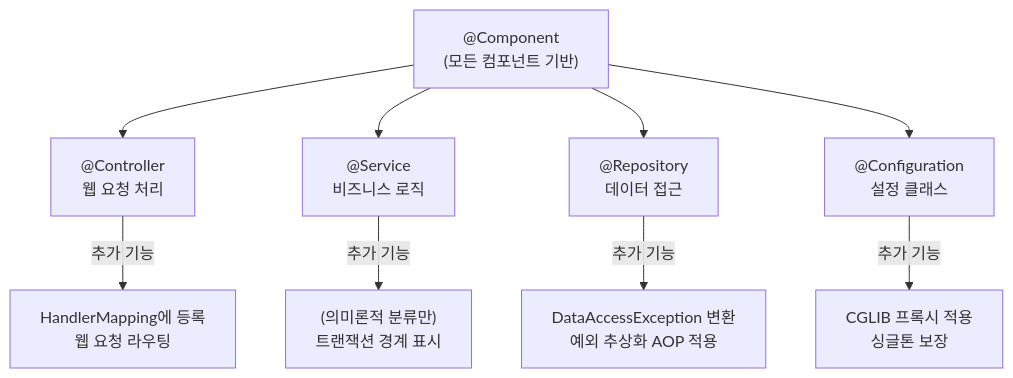
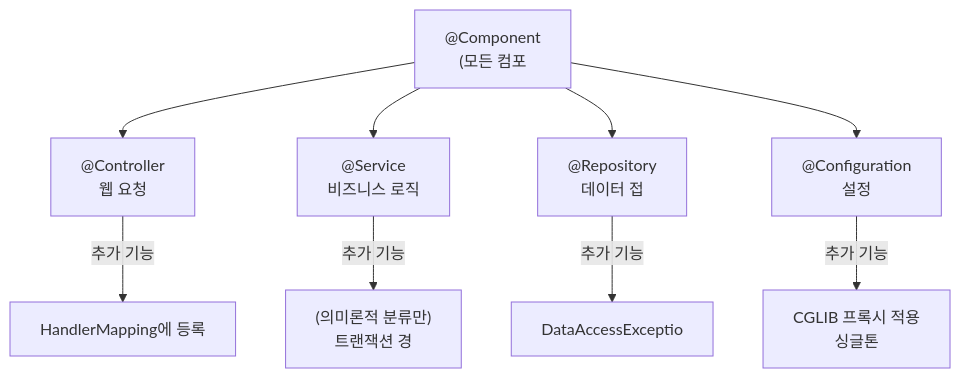
Before and after one commit to yjkim2015/yjkim2015.github.io: the fourth of 13 diagrams in _posts/spring/2026-05-02-spring-core-basic.md, drawn with Mermaid. The commit also changed other lines of this file and 271 other files, not shown here.

First line of the commit message:
Mermaid 라벨 축소: 긴 노드 텍스트 18자 이하로 트림 + \n 제거

````diff
--- a/_posts/spring/2026-05-02-spring-core-basic.md
+++ b/_posts/spring/2026-05-02-spring-core-basic.md
@@ -201,11 +201,11 @@
 ```mermaid
 graph TD
-    A["@Component\n(모든 컴포넌트 기반)"] --> B["@Controller\n웹 요청 처리"]
+    A["@Component\n(모든 컴포"] --> B["@Controller\n웹 요청"]
     A --> C["@Service\n비즈니스 로직"]
-    A --> D["@Repository\n데이터 접근"]
-    A --> E["@Configuration\n설정 클래스"]
-    B -->|"추가 기능"| F["HandlerMapping에 등록\n웹 요청 라우팅"]
-    C -->|"추가 기능"| G["(의미론적 분류만)\n트랜잭션 경계 표시"]
-    D -->|"추가 기능"| H["DataAccessException 변환\n예외 추상화 AOP 적용"]
-    E -->|"추가 기능"| I["CGLIB 프록시 적용\n싱글톤 보장"]
+    A --> D["@Repository\n데이터 접"]
+    A --> E["@Configuration\n설정"]
+    B -->|"추가 기능"| F["HandlerMapping에 등록"]
+    C -->|"추가 기능"| G["(의미론적 분류만)\n트랜잭션 경"]
+    D -->|"추가 기능"| H["DataAccessExceptio"]
+    E -->|"추가 기능"| I["CGLIB 프록시 적용\n싱글톤"]
 ```
````
